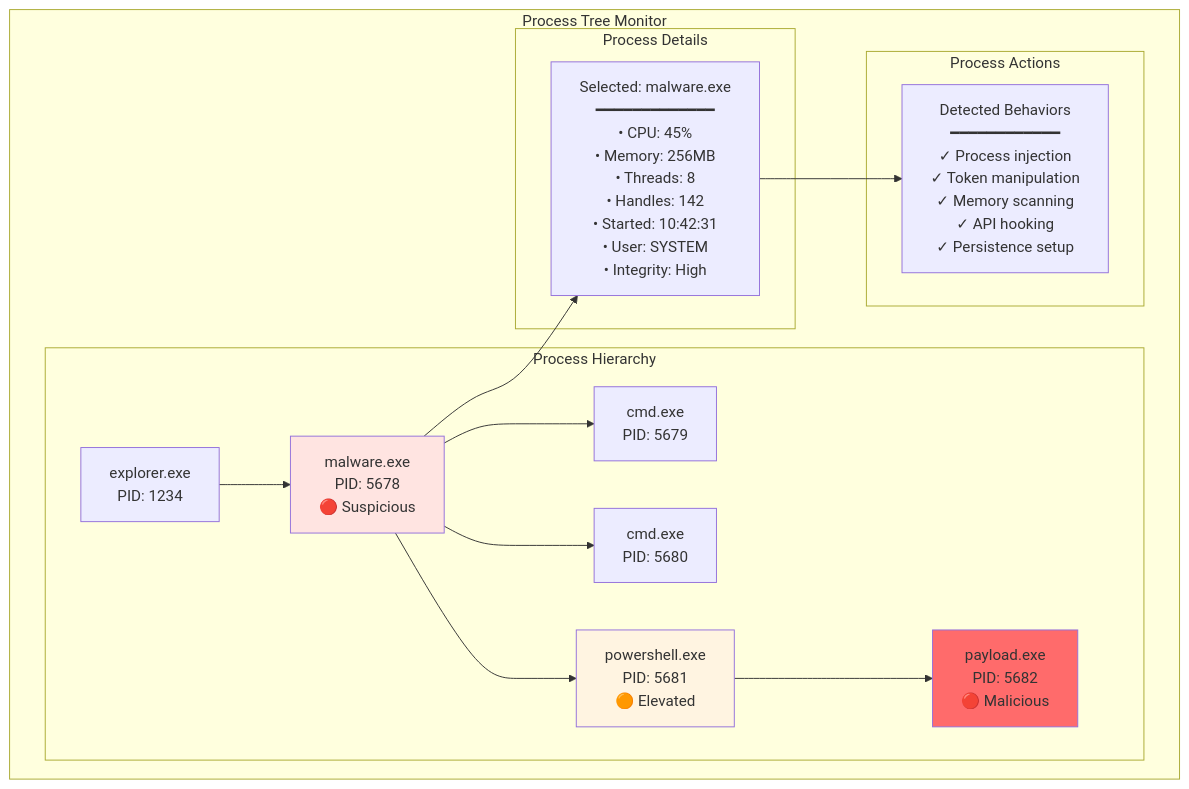
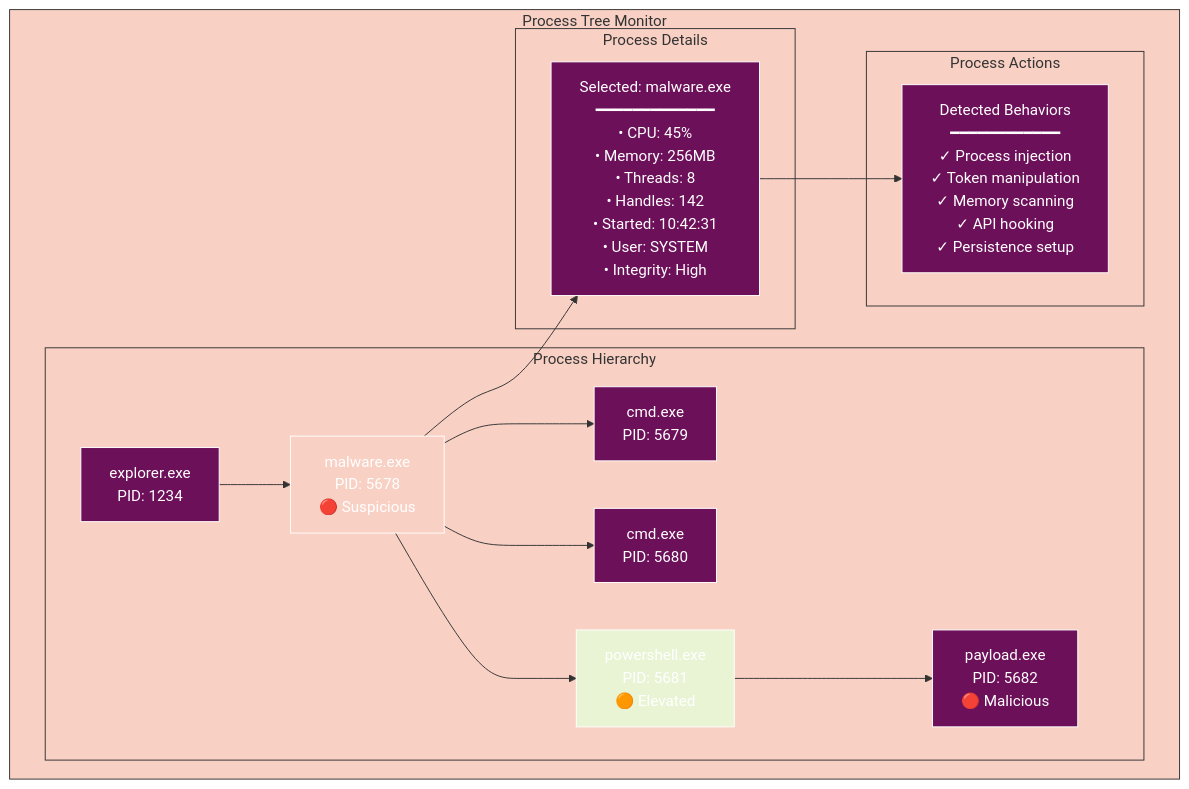
One commit to radicalkjax/Athena changed diagram 14 of 16 in docs/USER_GUIDE.md. Above: the diagram before and after it, drawn with Mermaid. The commit also changed other lines of this file and 27 other files, not shown here.

Commit message:
Introduction of expo package manager. Updated docs to reflect changes. Unified mermaid theme for docs.

````diff
--- a/docs/USER_GUIDE.md
+++ b/docs/USER_GUIDE.md
@@ -1073,38 +1320,59 @@
 ```mermaid
+%%{init: {
+  'theme': 'base',
+  'themeVariables': {
+    'primaryColor': '#6d105a',
+    'primaryTextColor': '#ffffff',
+    'primaryBorderColor': '#ffffff',
+    'lineColor': '#333333',
+    'secondaryColor': '#e8f4d4',
+    'secondaryTextColor': '#333333',
+    'secondaryBorderColor': '#333333',
+    'tertiaryColor': '#f9d0c4',
+    'tertiaryTextColor': '#333333',
+    'tertiaryBorderColor': '#333333',
+    'background': '#ffffff',
+    'mainBkg': '#6d105a',
+    'secondBkg': '#e8f4d4',
+    'tertiaryBkg': '#f9d0c4',
+    'textColor': '#333333',
+    'fontFamily': 'Arial, sans-serif'
+  }
+}}%%
 graph TB
     subgraph "Process Tree Monitor"
         subgraph "Process Hierarchy"
             Explorer[explorer.exe<br/>PID: 1234]
             
             Malware[malware.exe<br/>PID: 5678<br/>🔴 Suspicious]
             
             CMD1[cmd.exe<br/>PID: 5679]
             CMD2[cmd.exe<br/>PID: 5680]
             
             PowerShell[powershell.exe<br/>PID: 5681<br/>🟠 Elevated]
             
             Payload[payload.exe<br/>PID: 5682<br/>🔴 Malicious]
         end
         
         subgraph "Process Details"
             Details[Selected: malware.exe<br/>━━━━━━━━━━━━━<br/>• CPU: 45%<br/>• Memory: 256MB<br/>• Threads: 8<br/>• Handles: 142<br/>• Started: 10:42:31<br/>• User: SYSTEM<br/>• Integrity: High]
         end
         
         subgraph "Process Actions"
             Actions[Detected Behaviors<br/>━━━━━━━━━━━━<br/>✓ Process injection<br/>✓ Token manipulation<br/>✓ Memory scanning<br/>✓ API hooking<br/>✓ Persistence setup]
         end
     end
     
     Explorer --> Malware
     Malware --> CMD1
     Malware --> CMD2
     Malware --> PowerShell
     PowerShell --> Payload
     
     Malware --> Details
     Details --> Actions
     
-    style Malware fill:#ffe4e1
-    style Payload fill:#ff6b6b
-    style PowerShell fill:#fff4e1
+    style Malware fill:#f9d0c4
+    style Payload fill:#6d105a
+    style PowerShell fill:#e8f4d4
 ```
````
